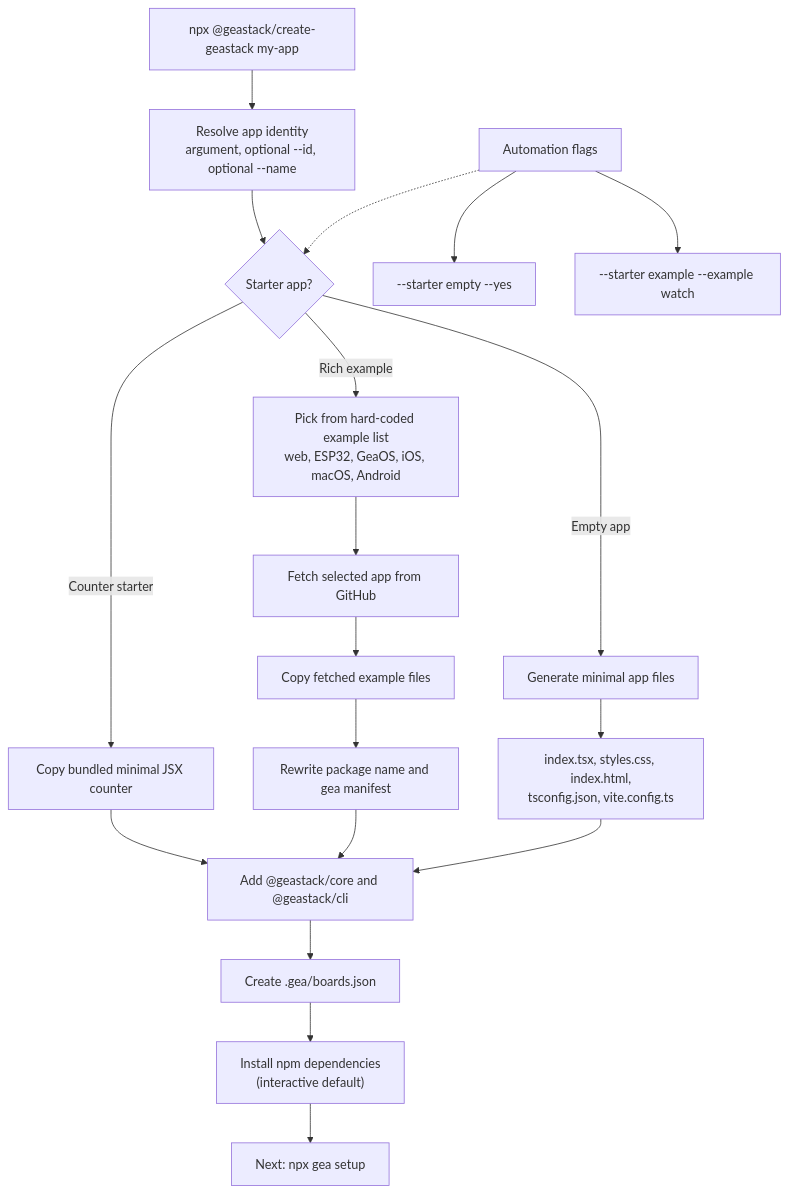
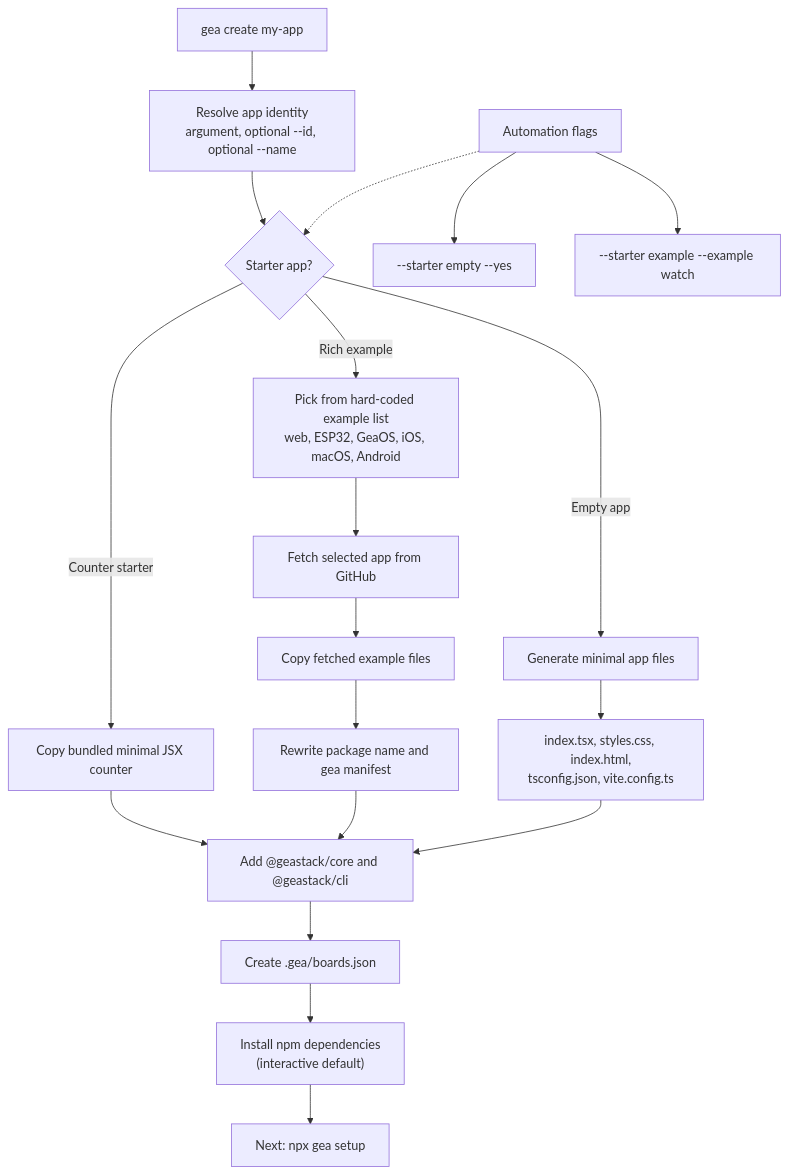
Before and after one commit to geastack/cli: the first of 2 diagrams in README.md, drawn with Mermaid. The commit also changed other lines of this file and 10 other files, not shown here.

First line of the commit message:
Create projects through the main Gea CLI

````diff
--- a/README.md
+++ b/README.md
@@ -26,26 +27,26 @@
 ```mermaid
 flowchart TD
-  create["npx @geastack/create-geastack my-app"] --> identity["Resolve app identity<br/>argument, optional --id, optional --name"]
+  create["gea create my-app"] --> identity["Resolve app identity<br/>argument, optional --id, optional --name"]
   identity --> starter{"Starter app?"}
 
   starter -->|"Counter starter"| counter["Copy bundled minimal JSX counter"]
 
   starter -->|"Empty app"| empty["Generate minimal app files"]
   empty --> emptyFiles["index.tsx, styles.css, index.html,<br/>tsconfig.json, vite.config.ts"]
 
   starter -->|"Rich example"| pickExample["Pick from hard-coded example list<br/>web, ESP32, GeaOS, iOS, macOS, Android"]
   pickExample --> fetchExample["Fetch selected app from GitHub"]
   fetchExample --> copyExample["Copy fetched example files"]
   copyExample --> rewriteExample["Rewrite package name and gea manifest"]
 
   counter --> projectWiring["Add @geastack/core and @geastack/cli"]
   rewriteExample --> projectWiring["Add @geastack/core and @geastack/cli"]
   emptyFiles --> projectWiring
   projectWiring --> boardConfig["Create .gea/boards.json"]
   boardConfig --> install["Install npm dependencies<br/>(interactive default)"]
   install --> setup["Next: npx gea setup"]
 
   auto["Automation flags"] -.-> starter
   auto --> autoEmpty["--starter empty --yes"]
   auto --> autoExample["--starter example --example watch"]
 ```
````
